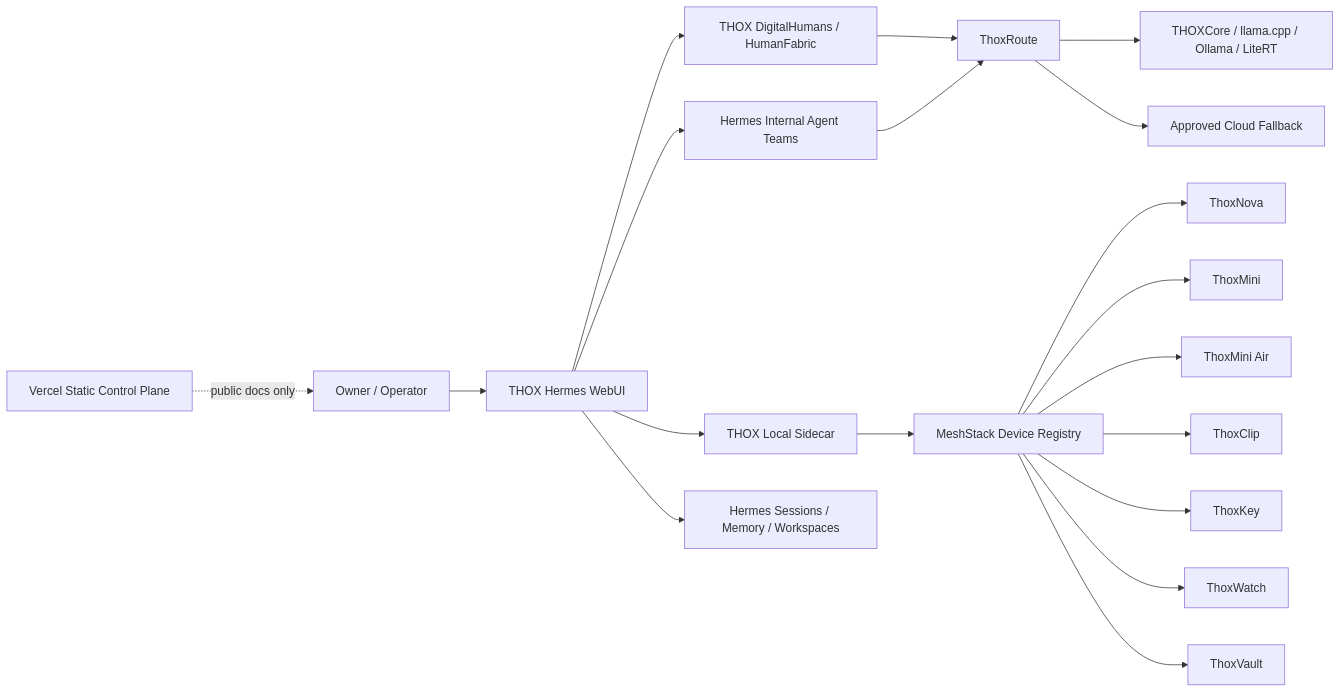
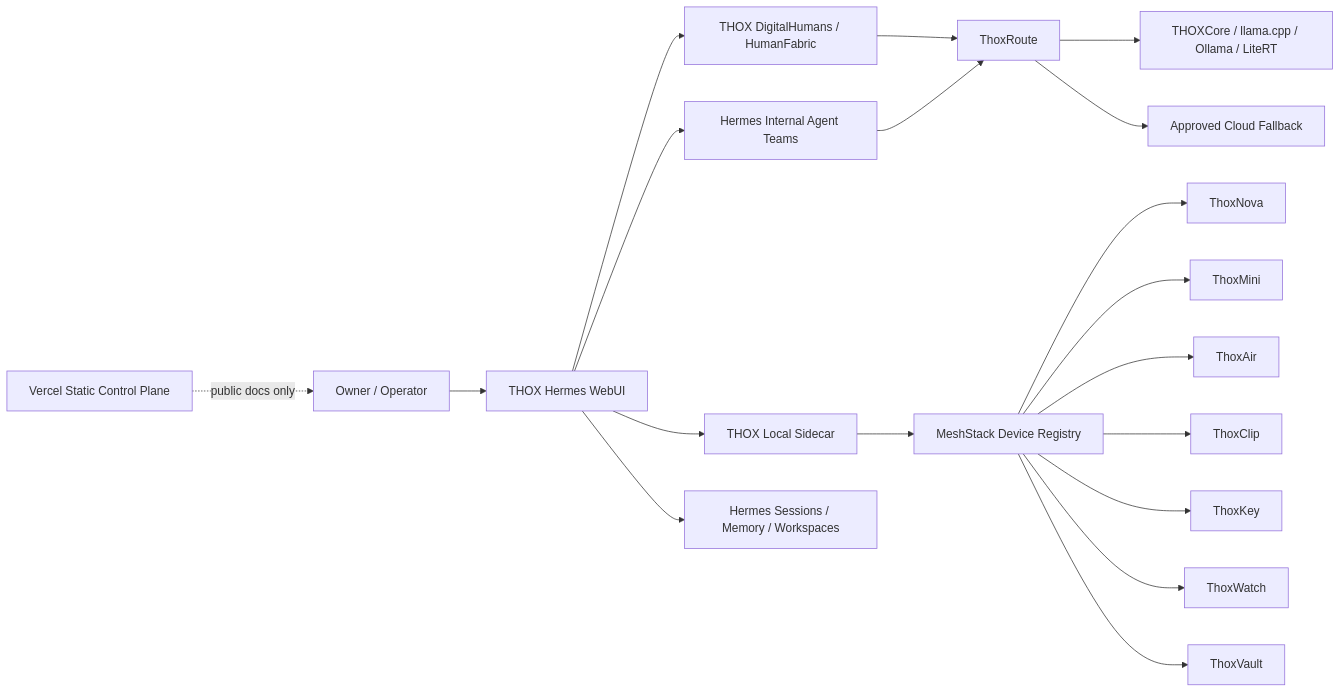
The diagram in ecosystem_map.md (ttracx/ThoxHermes-webui), drawn with Mermaid before and after one commit.

Commit message:
fix(brand): use canonical ThoxAir display name

````diff
--- a/ecosystem_map.md
+++ b/ecosystem_map.md
@@ -3,21 +3,21 @@
 ```mermaid
 flowchart LR
   User[Owner / Operator] --> WebUI[THOX Hermes WebUI]
   WebUI --> DigitalHumans[THOX DigitalHumans / HumanFabric]
   WebUI --> InternalAgents[Hermes Internal Agent Teams]
   WebUI --> Sidecar[THOX Local Sidecar]
   WebUI --> Sessions[Hermes Sessions / Memory / Workspaces]
   DigitalHumans --> ThoxRoute[ThoxRoute]
   InternalAgents --> ThoxRoute
   ThoxRoute --> LocalModels[THOXCore / llama.cpp / Ollama / LiteRT]
   ThoxRoute --> ApprovedFallback[Approved Cloud Fallback]
   Sidecar --> MeshStack[MeshStack Device Registry]
   MeshStack --> Nova[ThoxNova]
   MeshStack --> Mini[ThoxMini]
-  MeshStack --> Air[ThoxMini Air]
+  MeshStack --> Air[ThoxAir]
   MeshStack --> Clip[ThoxClip]
   MeshStack --> Key[ThoxKey]
   MeshStack --> Watch[ThoxWatch]
   MeshStack --> Vault[ThoxVault]
   Vercel[Vercel Static Control Plane] -. public docs only .-> User
 ```
````
